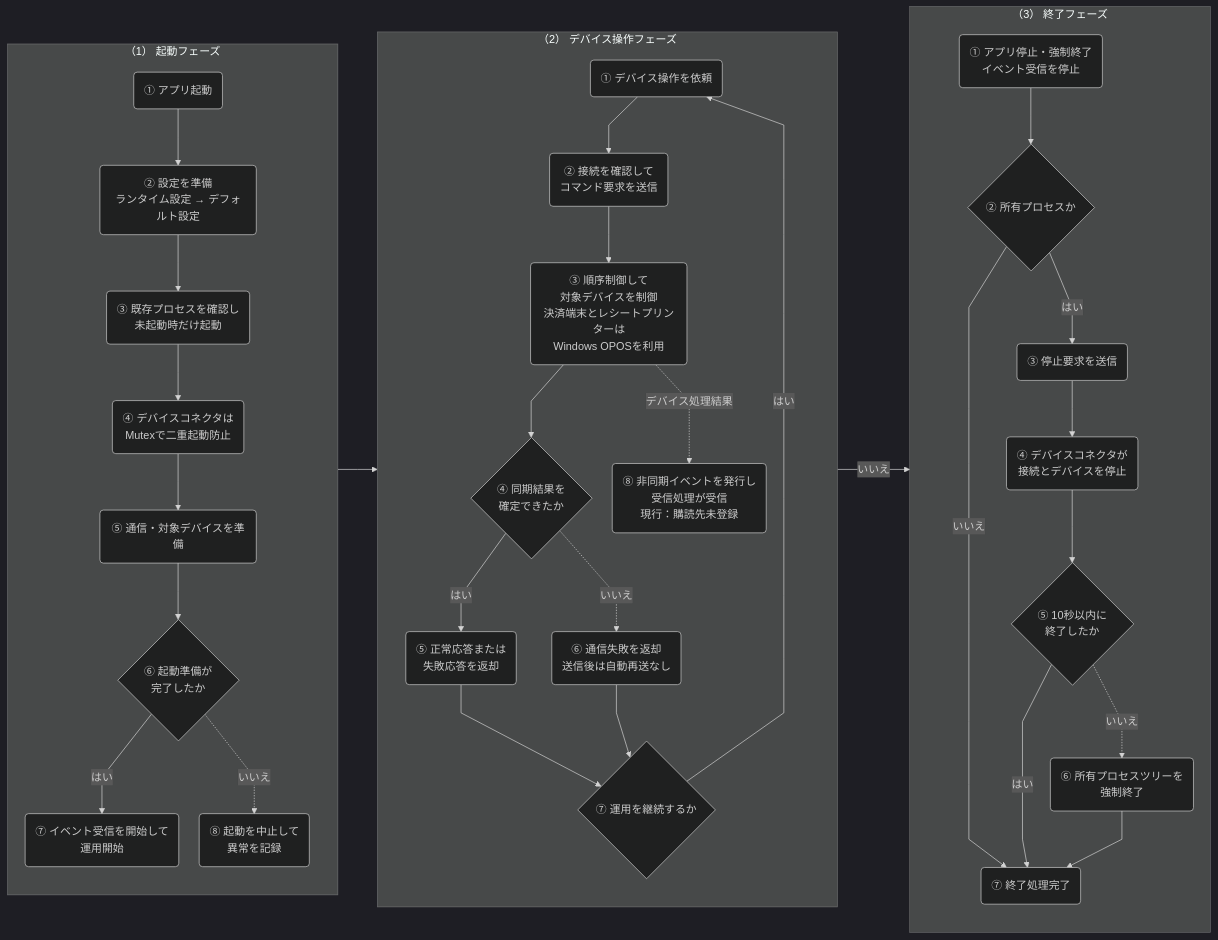
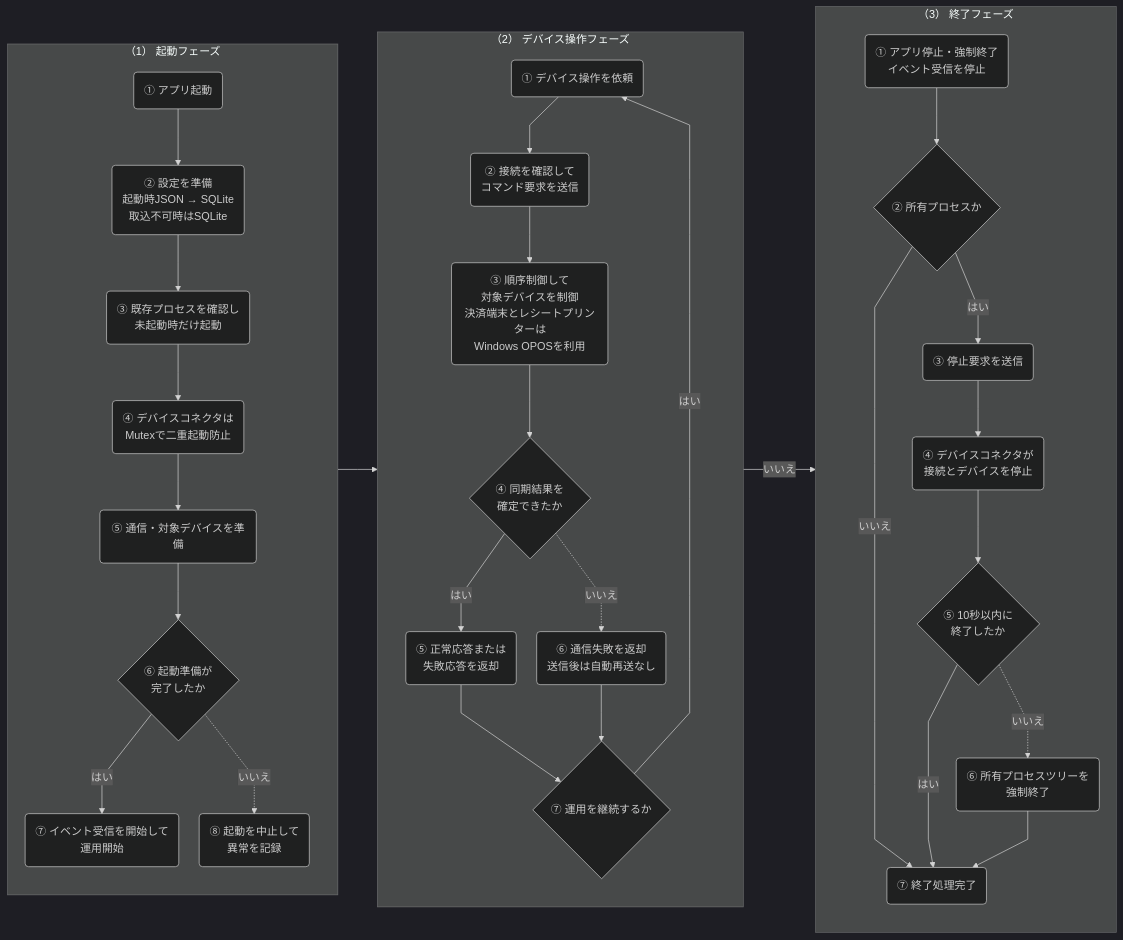
One commit to vti-sam/smj-ks-pos-stored changed the third of 3 diagrams in artifacts/reports/architecture/ARCH-HOST-01_タブレットPOS_デバイスコネクタ基本設計書/ARCH-HOST-01_タブレットPOS_デバイスコネクタ基本設計書.md. Above: the diagram before and after it, drawn with Mermaid (dark theme). The commit also changed other lines of this file and 99 other files, not shown here.

````diff
--- a/artifacts/reports/architecture/ARCH-HOST-01_タブレットPOS_デバイスコネクタ基本設計書/ARCH-HOST-01_タブレットPOS_デバイスコネクタ基本設計書.md
+++ b/artifacts/reports/architecture/ARCH-HOST-01_タブレットPOS_デバイスコネクタ基本設計書/ARCH-HOST-01_タブレットPOS_デバイスコネクタ基本設計書.md
@@ -497,89 +467,86 @@
 %%{init: {"flowchart": {"defaultRenderer": "dagre", "curve": "linear", "nodeSpacing": 30, "rankSpacing": 58}}}%%
 %% diagram-profile=operational-scenario
 flowchart LR
-    %% legend-bind container=運用フェーズ
-    %% legend-bind class.app=アプリケーション層
-    %% legend-bind class.control=デバイス制御層
-    %% legend-bind class.host=デバイスコネクタ内処理
-    %% legend-bind class.decision=◇
-    %% legend-bind class.error=異常処理
-    %% legend-bind edge.default=━━▶ 主処理
-    %% legend-bind edge.dashed=┄┄▶ 異常経路
-    %% legend-bind edge.0=━━▶ ライフサイクル
-    %% legend-bind edge.1=━━▶ ライフサイクル
-    %% legend-bind edge.2=━━▶ ライフサイクル
-    %% legend-bind edge.3=━━▶ ライフサイクル
-    %% legend-bind edge.4=━━▶ ライフサイクル
-    %% legend-bind edge.5=━━▶ ライフサイクル
-    %% legend-bind edge.15=┄┄▶ 非同期イベント
-    %% legend-bind edge.16=━━▶ ライフサイクル
-    %% legend-bind edge.17=━━▶ ライフサイクル
-    %% legend-bind edge.18=━━▶ ライフサイクル
-    %% legend-bind edge.19=━━▶ ライフサイクル
-    %% legend-bind edge.20=━━▶ ライフサイクル
-    %% legend-bind edge.21=━━▶ ライフサイクル
-    %% legend-bind edge.23=━━▶ ライフサイクル
-    %% legend-bind edge.24=━━▶ ライフサイクル
-    %% legend-bind edge.25=━━▶ ライフサイクル
-    %% legend-bind label=コネクターラベル
-    subgraph START["（1） 起動フェーズ"]
-        direction TB
-        S1("① アプリ起動")
-        S2("② 設定を準備<br/>ランタイム設定 → デフォルト設定")
-        S3("③ 既存プロセスを確認し<br/>未起動時だけ起動")
-        S4("④ デバイスコネクタは<br/>Mutexで二重起動防止")
-        S5("⑤ 通信・対象デバイスを準備")
-        S6{"⑥ 起動準備が<br/>完了したか"}
-        S7("⑦ イベント受信を開始して<br/>運用開始")
-        START_ERROR("⑧ 起動を中止して<br/>異常を記録")
+ %% legend-bind container=運用フェーズ
+ %% legend-bind class.app=アプリケーション層
+ %% legend-bind class.control=デバイス制御層
+ %% legend-bind class.host=デバイスコネクタ内処理
+ %% legend-bind class.decision=◇
+ %% legend-bind class.error=異常処理
+ %% legend-bind edge.default=━━▶ 主処理
+ %% legend-bind edge.dashed=┄┄▶ 異常経路
+ %% legend-bind edge.0=━━▶ ライフサイクル
+ %% legend-bind edge.1=━━▶ ライフサイクル
+ %% legend-bind edge.2=━━▶ ライフサイクル
+ %% legend-bind edge.3=━━▶ ライフサイクル
+ %% legend-bind edge.4=━━▶ ライフサイクル
+ %% legend-bind edge.5=━━▶ ライフサイクル
+ %% legend-bind edge.15=━━▶ ライフサイクル
+ %% legend-bind edge.16=━━▶ ライフサイクル
+ %% legend-bind edge.17=━━▶ ライフサイクル
+ %% legend-bind edge.18=━━▶ ライフサイクル
+ %% legend-bind edge.19=━━▶ ライフサイクル
+ %% legend-bind edge.20=━━▶ ライフサイクル
+ %% legend-bind edge.22=━━▶ ライフサイクル
+ %% legend-bind edge.23=━━▶ ライフサイクル
+ %% legend-bind edge.24=━━▶ ライフサイクル
+ %% legend-bind label=コネクターラベル
+ subgraph START["（1） 起動フェーズ"]
+ direction TB
+ S1("① アプリ起動")
+ S2("② 設定を準備<br/>起動時JSON → SQLite<br/>取込不可時はSQLite")
+ S3("③ 既存プロセスを確認し<br/>未起動時だけ起動")
+ S4("④ デバイスコネクタは<br/>Mutexで二重起動防止")
+ S5("⑤ 通信・対象デバイスを準備")
+ S6{"⑥ 起動準備が<br/>完了したか"}
+ S7("⑦ イベント受信を開始して<br/>運用開始")
+ START_ERROR("⑧ 起動を中止して<br/>異常を記録")
 
-        S1 --> S2 --> S3 --> S4 --> S5 --> S6
-        S6 -->|はい| S7
-        S6 -.->|いいえ| START_ERROR
-    end
+ S1 --> S2 --> S3 --> S4 --> S5 --> S6
+ S6 -->|はい| S7
+ S6 -.->|いいえ| START_ERROR
+ end
 
-    subgraph OPERATION["（2） デバイス操作フェーズ"]
-        direction TB
-        O1("① デバイス操作を依頼")
-        O2("② 接続を確認して<br/>コマンド要求を送信")
-        O3("③ 順序制御して<br/>対象デバイスを制御<br/>決済端末とレシートプリンターは<br/>Windows OPOSを利用")
-        O4{"④ 同期結果を<br/>確定できたか"}
-        O5("⑤ 正常応答または<br/>失敗応答を返却")
-        COMM_ERROR("⑥ 通信失敗を返却<br/>送信後は自動再送なし")
-        O6{"⑦ 運用を継続するか"}
-        EVENT("⑧ 非同期イベントを発行し<br/>受信処理が受信<br/>現行：購読先未登録")
+ subgraph OPERATION["（2） デバイス操作フェーズ"]
+ direction TB
+ O1("① デバイス操作を依頼")
+ O2("② 接続を確認して<br/>コマンド要求を送信")
+ O3("③ 順序制御して<br/>対象デバイスを制御<br/>決済端末とレシートプリンターは<br/>Windows OPOSを利用")
+ O4{"④ 同期結果を<br/>確定できたか"}
+ O5("⑤ 正常応答または<br/>失敗応答を返却")
+ COMM_ERROR("⑥ 通信失敗を返却<br/>送信後は自動再送なし")
+ O6{"⑦ 運用を継続するか"}
 
-        O1 --> O2 --> O3 --> O4
-        O4 -->|はい| O5 --> O6
-        O4 -.->|いいえ| COMM_ERROR --> O6
-        O6 -->|はい| O1
-        O3 -.->|デバイス処理結果| EVENT
-    end
+ O1 --> O2 --> O3 --> O4
+ O4 -->|はい| O5 --> O6
+ O4 -.->|いいえ| COMM_ERROR --> O6
+ O6 -->|はい| O1
+ end
 
-    subgraph STOP["（3） 終了フェーズ"]
-        direction TB
-        T1("① アプリ停止・強制終了<br/>イベント受信を停止")
-        T2{"② 所有プロセスか"}
-        T3("③ 停止要求を送信")
-        T4("④ デバイスコネクタが<br/>接続とデバイスを停止")
-        T5{"⑤ 10秒以内に<br/>終了したか"}
-        T6("⑥ 所有プロセスツリーを<br/>強制終了")
-        T7("⑦ 終了処理完了")
+ subgraph STOP["（3） 終了フェーズ"]
+ direction TB
+ T1("① アプリ停止・強制終了<br/>イベント受信を停止")
+ T2{"② 所有プロセスか"}
+ T3("③ 停止要求を送信")
+ T4("④ デバイスコネクタが<br/>接続とデバイスを停止")
+ T5{"⑤ 10秒以内に<br/>終了したか"}
+ T6("⑥ 所有プロセスツリーを<br/>強制終了")
+ T7("⑦ 終了処理完了")
 
-        T1 --> T2
-        T2 -->|いいえ| T7
-        T2 -->|はい| T3
-        T3 --> T4 --> T5
-        T5 -->|はい| T7
-        T5 -.->|いいえ| T6 --> T7
-    end
+ T1 --> T2
+ T2 -->|いいえ| T7
+ T2 -->|はい| T3
+ T3 --> T4 --> T5
+ T5 -->|はい| T7
+ T5 -.->|いいえ| T6 --> T7
+ end
 
-    S7 --> O1
-    O6 -->|いいえ| T1
+ S7 --> O1
+ O6 -->|いいえ| T1
 
-    class S1,S2,S3,S7,T1,T2,T3,T5,T7 app
-    class O1,O2,O4,O5,O6 control
-    class S4,S5,O3,EVENT,T4 host
-    class S6,O4,O6,T2,T5 decision
-    class START_ERROR,COMM_ERROR,T6 error
+ class S1,S2,S3,S7,T1,T2,T3,T5,T7 app
+ class O1,O2,O4,O5,O6 control
+ class S4,S5,O3,EVENT,T4 host
+ class S6,O4,O6,T2,T5 decision
+ class START_ERROR,COMM_ERROR,T6 error
 ```
````
